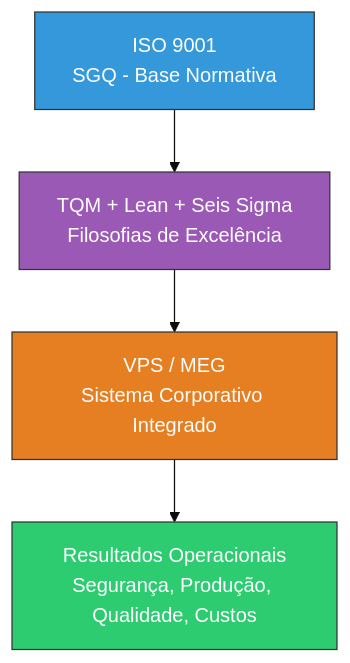
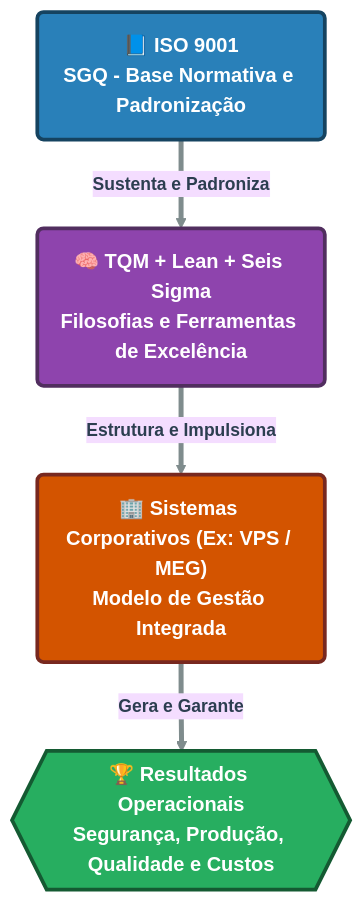
One commit to rafasfer2/MiningAnalyticsBook changed the ninth of 10 diagrams in chapters/cap2-modelos-gestao.qmd. Above: the diagram before and after it, drawn with Mermaid (base theme). The commit also changed other lines of this file and 110 other files, not shown here.

````diff
--- a/chapters/cap2-modelos-gestao.qmd
+++ b/chapters/cap2-modelos-gestao.qmd
@@ -1006,13 +1163,31 @@
 ```{mermaid}
 %%| label: fig-integracao-sgq
-%%| fig-cap: "Integração entre SGQ, Filosofias de Excelência e Sistemas Corporativos"
-graph TD
-    A[ISO 9001<br/>SGQ - Base Normativa] --> B[TQM + Lean + Seis Sigma<br/>Filosofias de Excelência]
-    B --> C[VPS / MEG<br/>Sistema Corporativo Integrado]
-    C --> D[Resultados Operacionais<br/>Segurança, Produção, Qualidade, Custos]
+%%| fig-cap: "Integração Sistêmica: Do SGQ aos Resultados Operacionais"
+flowchart TD
 
-    style A fill:#3498db,stroke:#333,color:#fff
-    style B fill:#9b59b6,stroke:#333,color:#fff
-    style C fill:#e67e22,stroke:#333,color:#fff
-    style D fill:#2ecc71,stroke:#333,color:#fff
+    %% --- CONFIGURAÇÃO DE ESTILOS (Paleta Profissional e Contraste) ---
+    classDef isoStyle fill:#2980b9,stroke:#154360,stroke-width:3px,color:#ffffff,font-size:16px,font-weight:bold
+    classDef philoStyle fill:#8e44ad,stroke:#512e5f,stroke-width:3px,color:#ffffff,font-size:16px,font-weight:bold
+    classDef corpStyle fill:#d35400,stroke:#78281f,stroke-width:3px,color:#ffffff,font-size:16px,font-weight:bold
+    classDef resultStyle fill:#27ae60,stroke:#145a32,stroke-width:3px,color:#ffffff,font-size:16px,font-weight:bold
+
+    %% --- ESTRUTURA DOS NÓS (Com Emojis de Contexto) ---
+    A("📘 ISO 9001<br>SGQ - Base Normativa e Padronização")
+    B("🧠 TQM + Lean + Seis Sigma<br>Filosofias e Ferramentas de Excelência")
+    C("🏢 Sistemas Corporativos (Ex: VPS / MEG)<br>Modelo de Gestão Integrada")
+    D{{"🏆 Resultados Operacionais<br>Segurança, Produção, Qualidade e Custos"}}
+
+    %% --- CONEXÕES (Com verbos de transição) ---
+    A == "Sustenta e Padroniza" ==> B
+    B == "Estrutura e Impulsiona" ==> C
+    C == "Gera e Garante" ==> D
+
+    %% Engrossando e estilizando as linhas e textos das setas
+    linkStyle default stroke:#7f8c8d,stroke-width:4px,color:#2c3e50,font-weight:bold,font-size:14px
+
+    %% --- APLICAÇÃO DOS ESTILOS ---
+    class A isoStyle;
+    class B philoStyle;
+    class C corpStyle;
+    class D resultStyle;
 ```
````
